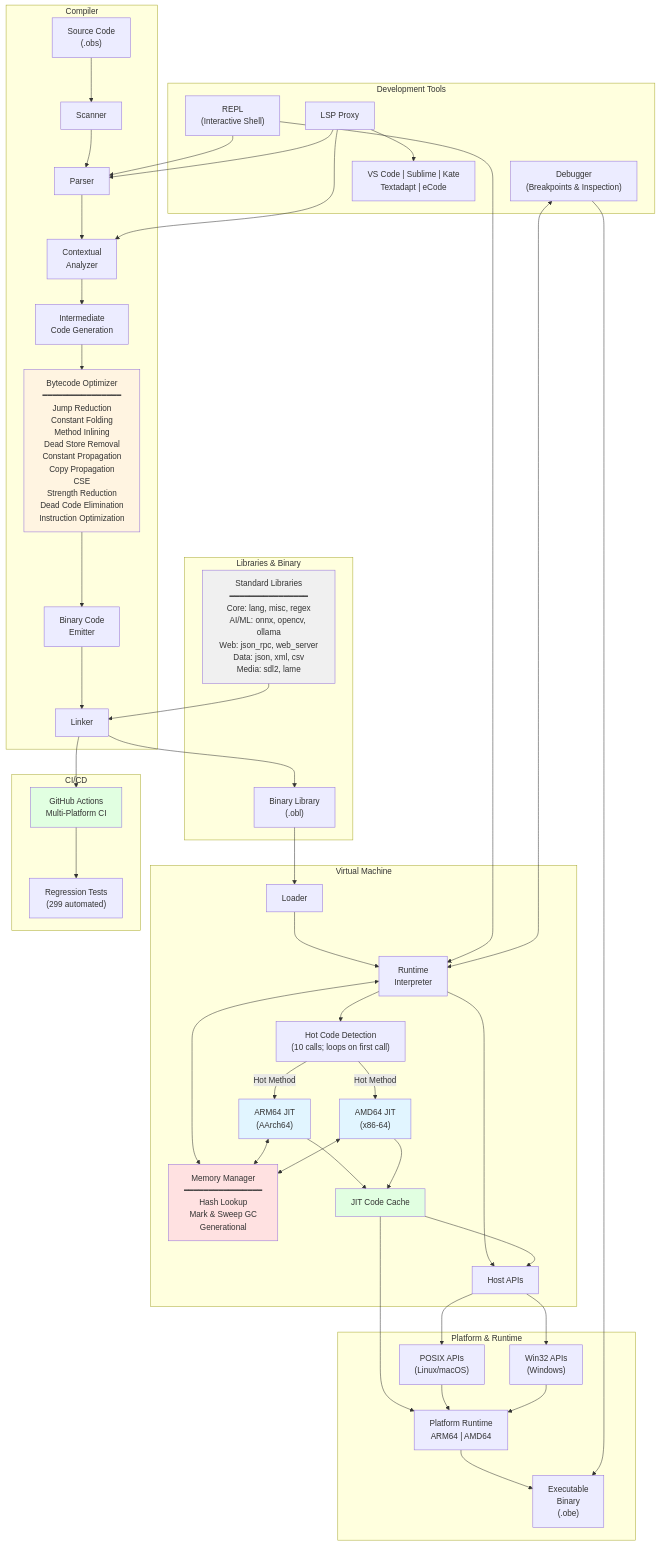
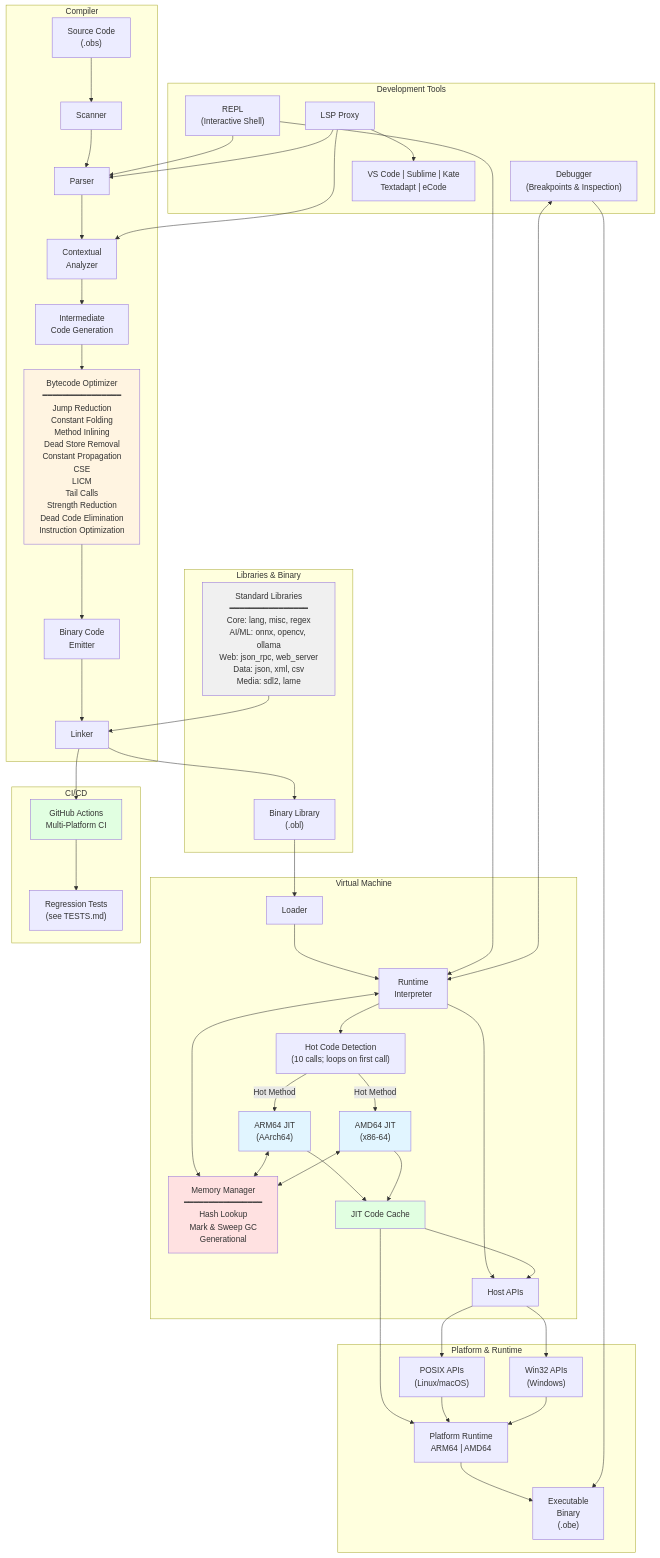
One commit to objeck/objeck-lang changed the diagram in core/readme.md. Above: the diagram before and after it, drawn with Mermaid. The commit also changed other lines of this file and 21 other files, not shown here.

```diff
--- a/core/readme.md
+++ b/core/readme.md
@@ -32,7 +32,7 @@
         Parser["Parser"]
         Analyzer["Contextual<br/>Analyzer"]
         IR["Intermediate<br/>Code Generation"]
-        Optimizer["Bytecode Optimizer<br/>━━━━━━━━━━━━━━━━<br/>Jump Reduction<br/>Constant Folding<br/>Method Inlining<br/>Dead Store Removal<br/>Constant Propagation<br/>Copy Propagation<br/>CSE<br/>Strength Reduction<br/>Dead Code Elimination<br/>Instruction Optimization"]
+        Optimizer["Bytecode Optimizer<br/>━━━━━━━━━━━━━━━━<br/>Jump Reduction<br/>Constant Folding<br/>Method Inlining<br/>Dead Store Removal<br/>Constant Propagation<br/>CSE<br/>LICM<br/>Tail Calls<br/>Strength Reduction<br/>Dead Code Elimination<br/>Instruction Optimization"]
         Emitter["Binary Code<br/>Emitter"]
         Linker["Linker"]
     end
@@ -62,7 +62,7 @@
 
     subgraph "CI/CD"
         GHA["GitHub Actions<br/>Multi-Platform CI"]
-        Tests["Regression Tests<br/>(299 automated)"]
+        Tests["Regression Tests<br/>(see TESTS.md)"]
     end
 
     %% Compiler Flow
```
